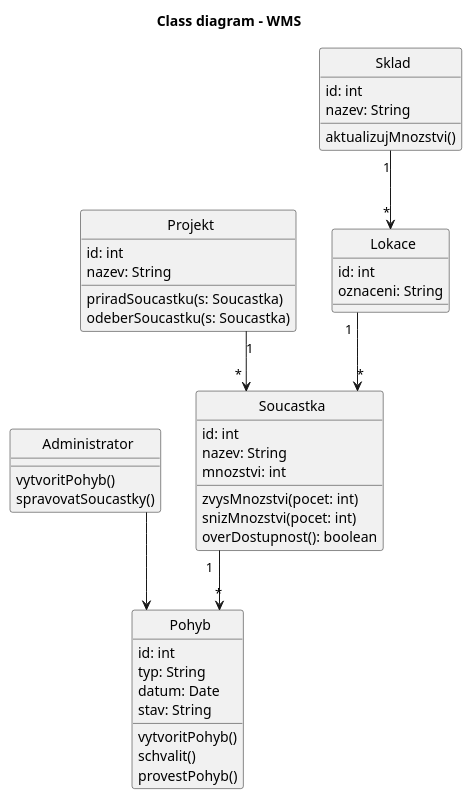
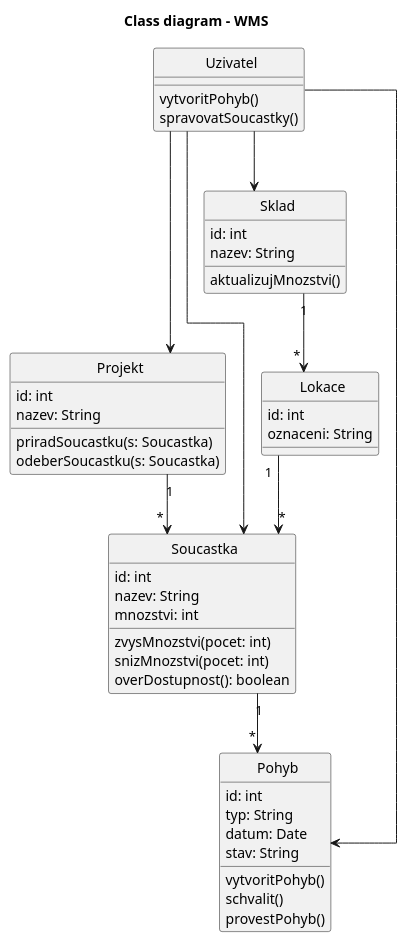
The diagram in diagrams/02_class_diagram.puml (lkvapil/wms-elektronicke-soucastky), drawn with PlantUML before and after one commit. The commit also changed 8 other files, not shown here.

Commit message:
refactor: Administrator prejmenovano na Uzivatel, rozsireny vztahy v class diagramu

```diff
--- a/diagrams/02_class_diagram.puml
+++ b/diagrams/02_class_diagram.puml
@@ -1,61 +1,64 @@
 @startuml
 title Class diagram - WMS
 top to bottom direction
 skinparam linetype ortho
 skinparam classAttributeIconSize 0
 skinparam CircledCharacterRadius 0
 skinparam CircledCharacterFontSize 0
 
-class Administrator {
+class Uzivatel {
   vytvoritPohyb()
   spravovatSoucastky()
 }
 
 class Projekt {
   id: int
   nazev: String
 
   priradSoucastku(s: Soucastka)
   odeberSoucastku(s: Soucastka)
 }
 
 class Soucastka {
   id: int
   nazev: String
   mnozstvi: int
 
   zvysMnozstvi(pocet: int)
   snizMnozstvi(pocet: int)
   overDostupnost(): boolean
 }
 
 class Pohyb {
   id: int
   typ: String
   datum: Date
   stav: String
 
   vytvoritPohyb()
   schvalit()
   provestPohyb()
 }
 
 class Sklad {
   id: int
   nazev: String
 
   aktualizujMnozstvi()
 }
 
 class Lokace {
   id: int
   oznaceni: String
 }
 
-Administrator --> Pohyb
+Uzivatel --> Pohyb
+Uzivatel --> Soucastka
+Uzivatel --> Projekt
+Uzivatel --> Sklad
 Projekt "1" --> "*" Soucastka
 Soucastka "1" --> "*" Pohyb
 Sklad "1" --> "*" Lokace
 Lokace "1" --> "*" Soucastka
 
 @enduml
```
